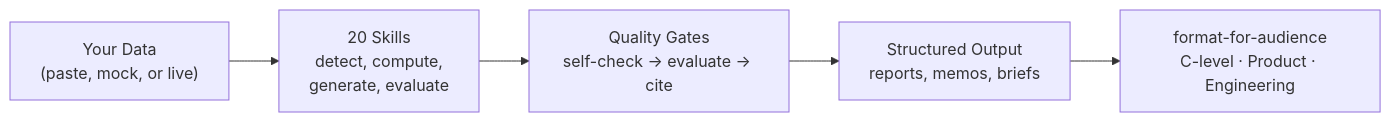
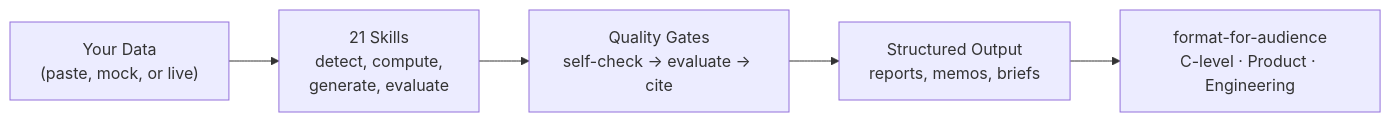
Before and after one commit to yannmenec/delivery-management-skills: the diagram in README.md, drawn with Mermaid. The commit also changed other lines of this file and 9 other files, not shown here.

````diff
--- a/README.md
+++ b/README.md
@@ -16,7 +16,7 @@
 ```mermaid
 graph LR
-    Input["Your Data<br/>(paste, mock, or live)"] --> Skills["20 Skills<br/>detect, compute,<br/>generate, evaluate"]
+    Input["Your Data<br/>(paste, mock, or live)"] --> Skills["21 Skills<br/>detect, compute,<br/>generate, evaluate"]
     Skills --> QG["Quality Gates<br/>self-check → evaluate → cite"]
     QG --> Output["Structured Output<br/>reports, memos, briefs"]
     Output --> Format["format-for-audience<br/>C-level · Product · Engineering"]
 ```
````
